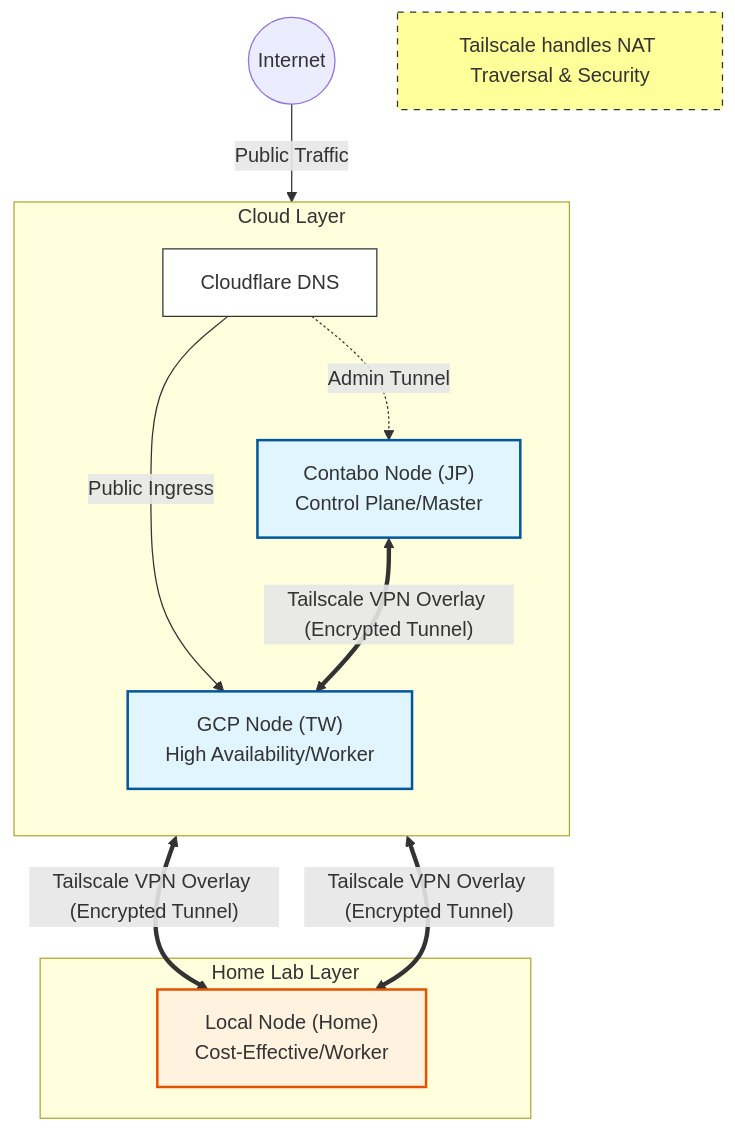
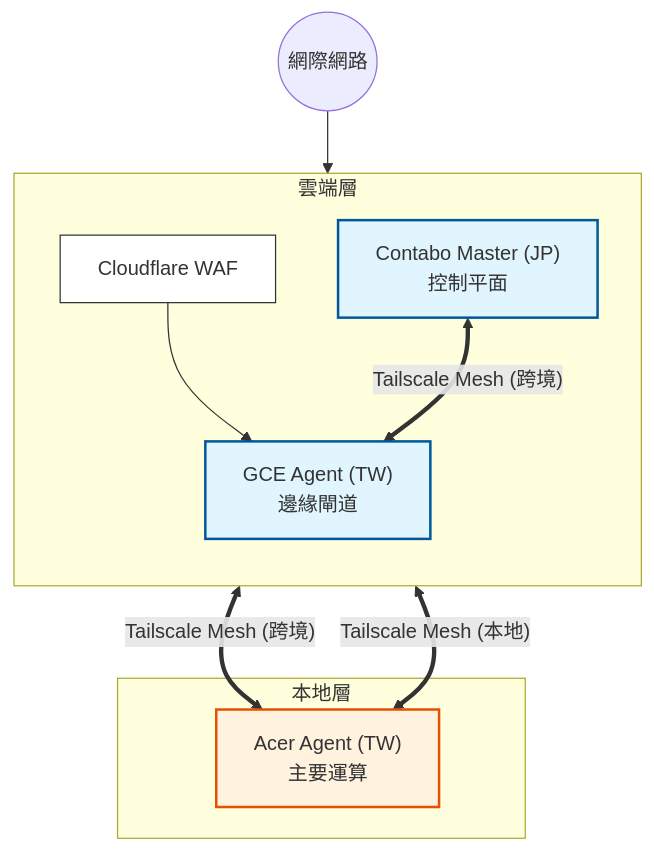
The diagram in docs/zh/safechord.chorde.k3han.cluster.md (SafeChord/Docs), drawn with Mermaid before and after one commit. The commit also changed other lines of this file and 27 other files, not shown here.

````diff
--- a/docs/zh/safechord.chorde.k3han.cluster.md
+++ b/docs/zh/safechord.chorde.k3han.cluster.md
@@ -60,36 +24,26 @@
-```mermaid 
+```mermaid
 graph TB
-    %% 樣式定義
+    %% 樣式
     classDef cloud fill:#e1f5fe,stroke:#01579b,stroke-width:2px;
     classDef home fill:#fff3e0,stroke:#e65100,stroke-width:2px;
     classDef component fill:#fff,stroke:#333,stroke-width:1px;
 
-    Internet((Internet))
+    Internet((網際網路))
 
-    %% 雲端區域
-    subgraph Cloud [Cloud Layer]
+    subgraph Cloud [雲端層]
         direction TB
-        CF[Cloudflare DNS]:::component
-        GCP["GCP Node (TW)<br>High Availability/Worker "]:::cloud
-        Contabo["Contabo Node (JP)<br>Control Plane/Master"]:::cloud
+        CF[Cloudflare WAF]:::component
+        GCP["GCE Agent (TW)<br>邊緣閘道"]:::cloud
+        Contabo["Contabo Master (JP)<br>控制平面"]:::cloud
     end
 
-    %% 家用區域
-    subgraph Home [Home Lab Layer]
-        Acer["Local Node (Home)<br>Cost-Effective/Worker"]:::home
+    subgraph Home [本地層]
+        Acer["Acer Agent (TW)<br>主要運算"]:::home
     end
 
-    %% 連線關係
-    Internet -->|Public Traffic| CF
-    CF -->|"Public Ingress"| GCP
-    CF -.->|"Admin Tunnel"| Contabo
-    
-    %% 重點：Tailscale Overlay
-    Contabo <==>|"Tailscale VPN Overlay (Encrypted Tunnel)"| GCP
-    Contabo <==>|"Tailscale VPN Overlay (Encrypted Tunnel)"| Acer
-    GCP <==>|"Tailscale VPN Overlay (Encrypted Tunnel)"| Acer
-
-    %% 註解
-    note[Tailscale handles NAT Traversal & Security]
-    style note fill:#ff9,stroke:#333,stroke-dasharray: 5 5
+    Internet --> CF
+    CF --> GCP
+    Contabo <==>|"Tailscale Mesh (跨境)"| GCP
+    Contabo <==>|"Tailscale Mesh (跨境)"| Acer
+    GCP <==>|"Tailscale Mesh (本地)"| Acer
 ```
````
